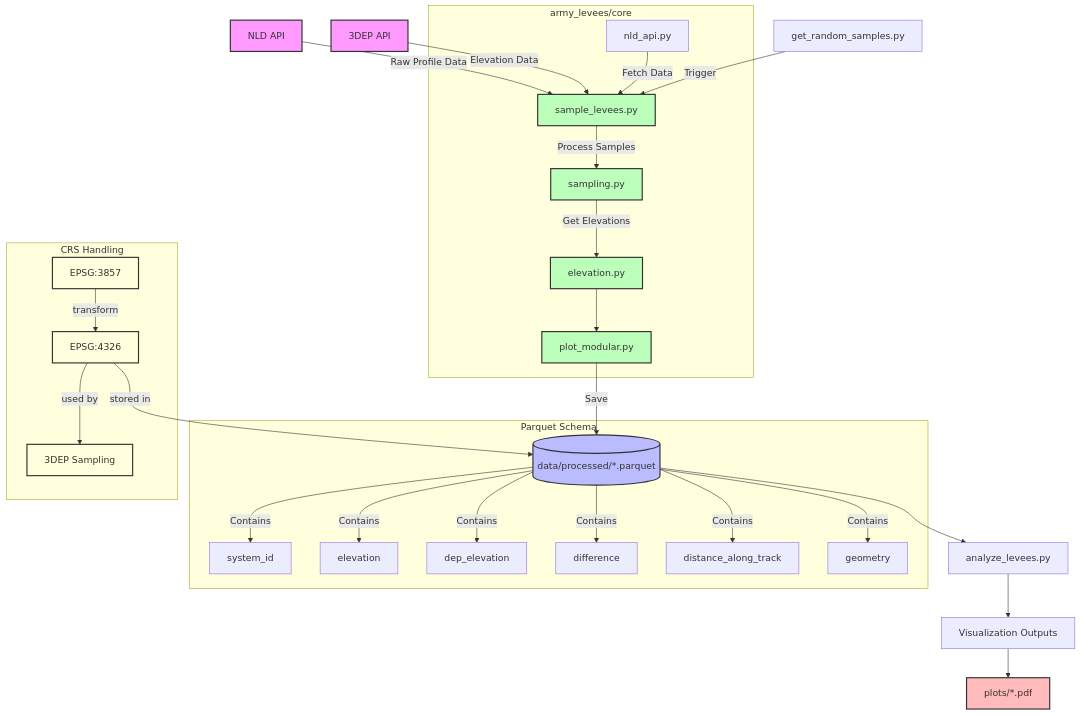
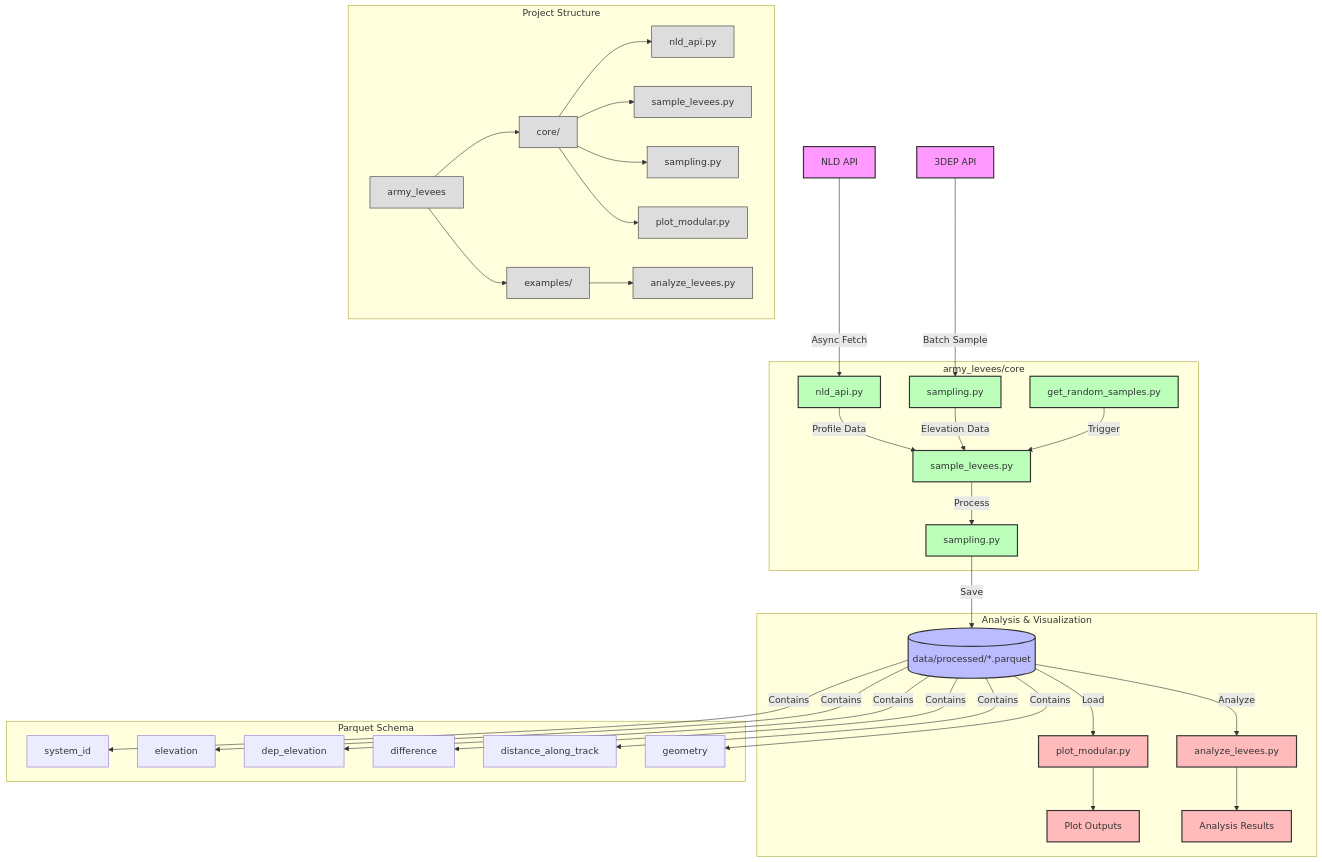
The diagram in README.md (jameshgrn/army_levees), drawn with Mermaid before and after one commit.

Commit message:
docs: update system architecture diagram
- Add actual module and relationships
- Create Core Processing subgraph for better organization
- Add visualization pipeline and outputs
- Improve CRS handling representation
- Add color coding for different component types
- Fix data flow to match actual implementation

````diff
--- a/README.md
+++ b/README.md
@@ -14,55 +14,60 @@
 ```mermaid
 graph TD
-    %% Data Sources
-    A[NLD API] -->|Raw Profile Data| B[sample_levees.py]
-    D[3DEP API] -->|Elevation Data| B
+    %% Data Sources & API Handling
+    A[NLD API] -->|Async Fetch| B[nld_api.py]
+    D[3DEP API] -->|Batch Sample| E[sampling.py]
     
-    %% Core Processing
+    %% Core Processing Pipeline
     subgraph Core Processing [army_levees/core]
-        B -->|Process Samples| E[sampling.py]
-        E -->|Get Elevations| F[elevation.py]
-        F --> G[plot_modular.py]
-        H[nld_api.py] -->|Fetch Data| B
+        B -->|Profile Data| F[sample_levees.py]
+        E -->|Elevation Data| F
+        F -->|Process| G[sampling.py]
+        H[get_random_samples.py] -->|Trigger| F
     end
     
-    %% Data Storage
+    %% Data Storage & Processing
     G -->|Save| I[(data/processed/*.parquet)]
     
-    %% Data Structure
-    subgraph Parquet Schema
-        I --> |Contains| J[system_id]
-        I --> |Contains| K[elevation]
-        I --> |Contains| L[dep_elevation]
-        I --> |Contains| M[difference]
-        I --> |Contains| N[distance_along_track]
-        I --> |Contains| O[geometry]
+    %% Analysis & Visualization
+    subgraph Analysis & Visualization
+        I -->|Load| J[plot_modular.py]
+        I -->|Analyze| K[analyze_levees.py]
+        J --> L[Plot Outputs]
+        K --> M[Analysis Results]
     end
     
-    %% Analysis & Visualization
-    I --> P[analyze_levees.py]
-    P --> Q[Visualization Outputs]
-    Q --> R[plots/*.pdf]
+    %% Data Schema
+    subgraph Parquet Schema
+        I --> |Contains| N[system_id]
+        I --> |Contains| O[elevation]
+        I --> |Contains| P[dep_elevation]
+        I --> |Contains| Q[difference]
+        I --> |Contains| R[distance_along_track]
+        I --> |Contains| S[geometry]
+    end
     
-    %% Entry Points
-    S[get_random_samples.py] -->|Trigger| B
-    
-    %% Coordinate Systems
-    subgraph CRS Handling
-        T[EPSG:3857] -->|transform| U[EPSG:4326]
-        U -->|used by| V[3DEP Sampling]
-        U -->|stored in| I
+    %% Module Organization
+    subgraph Project Structure
+        T[army_levees]
+        T --> U[core/]
+        T --> V[examples/]
+        U --> W[nld_api.py]
+        U --> X[sample_levees.py]
+        U --> Y[sampling.py]
+        U --> Z[plot_modular.py]
+        V --> AA[analyze_levees.py]
     end
     
     %% Style
     classDef api fill:#f9f,stroke:#333,stroke-width:2px
-    classDef data fill:#bbf,stroke:#333,stroke-width:2px
-    classDef process fill:#bfb,stroke:#333,stroke-width:2px
-    classDef crs fill:#ffd,stroke:#333,stroke-width:2px
-    classDef output fill:#fbb,stroke:#333,stroke-width:2px
+    classDef core fill:#bfb,stroke:#333,stroke-width:2px
+    classDef storage fill:#bbf,stroke:#333,stroke-width:2px
+    classDef analysis fill:#fbb,stroke:#333,stroke-width:2px
+    classDef structure fill:#ddd,stroke:#333,stroke-width:1px
     
     class A,D api
-    class I data
-    class B,E,F,G process
-    class T,U,V crs
-    class R output
+    class B,E,F,G,H core
+    class I storage
+    class J,K,L,M analysis
+    class T,U,V,W,X,Y,Z,AA structure
 ```
````
